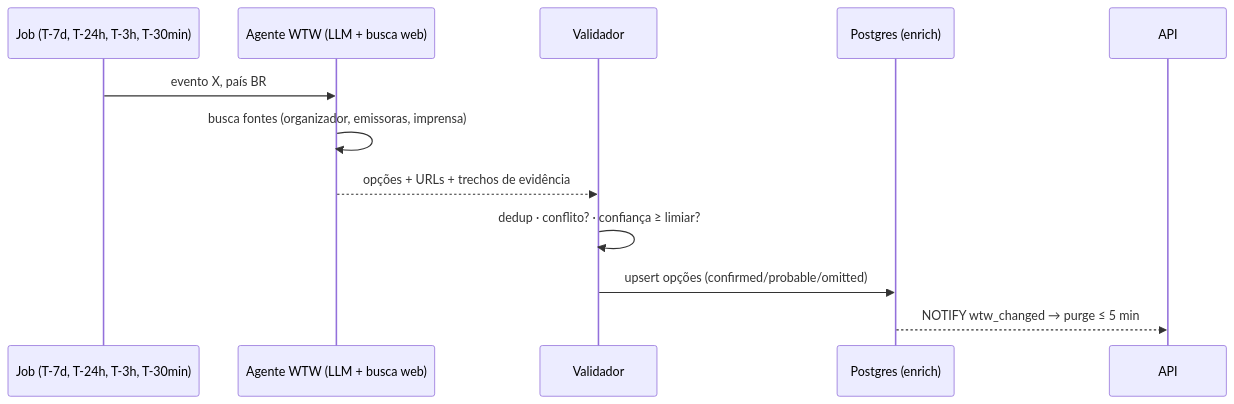
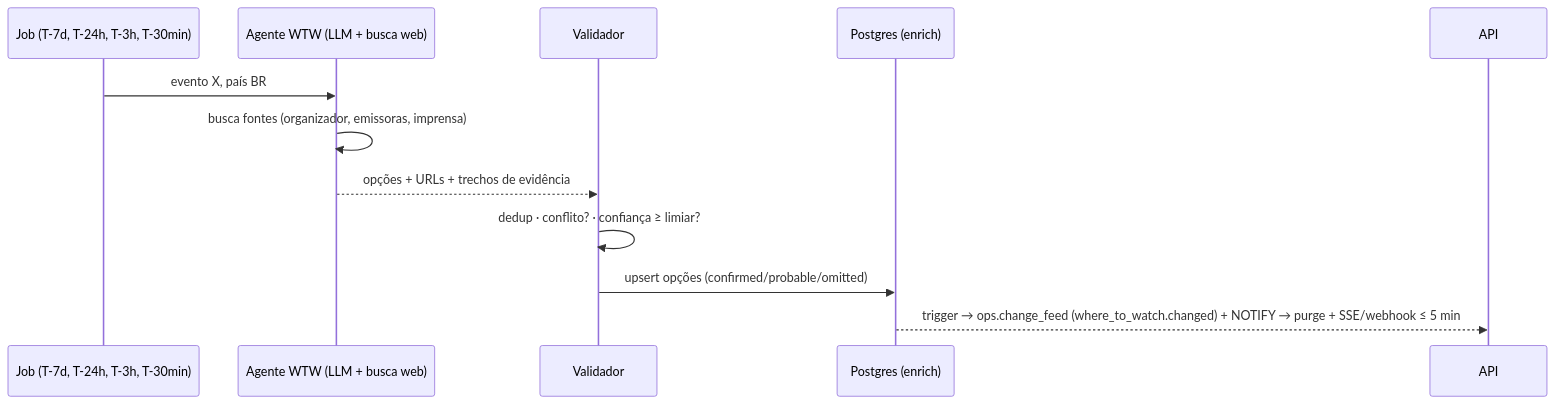
The fourth of 4 diagrams in docs/02-arquitetura.md (galaxie-works/galaxie-sports), drawn with Mermaid before and after one commit. The commit also changed other lines of this file and 33 other files, not shown here.

````diff
--- a/docs/02-arquitetura.md
+++ b/docs/02-arquitetura.md
@@ -161,14 +162,14 @@
 ```mermaid
 sequenceDiagram
   participant J as Job (T-7d, T-24h, T-3h, T-30min)
   participant W as Agente WTW (LLM + busca web)
   participant V as Validador
   participant P as Postgres (enrich)
   participant A as API
   J->>W: evento X, país BR
   W->>W: busca fontes (organizador, emissoras, imprensa)
   W-->>V: opções + URLs + trechos de evidência
   V->>V: dedup · conflito? · confiança ≥ limiar?
   V->>P: upsert opções (confirmed/probable/omitted)
-  P-->>A: NOTIFY wtw_changed → purge ≤ 5 min
+  P-->>A: trigger → ops.change_feed (where_to_watch.changed) + NOTIFY → purge + SSE/webhook ≤ 5 min
 ```
````
